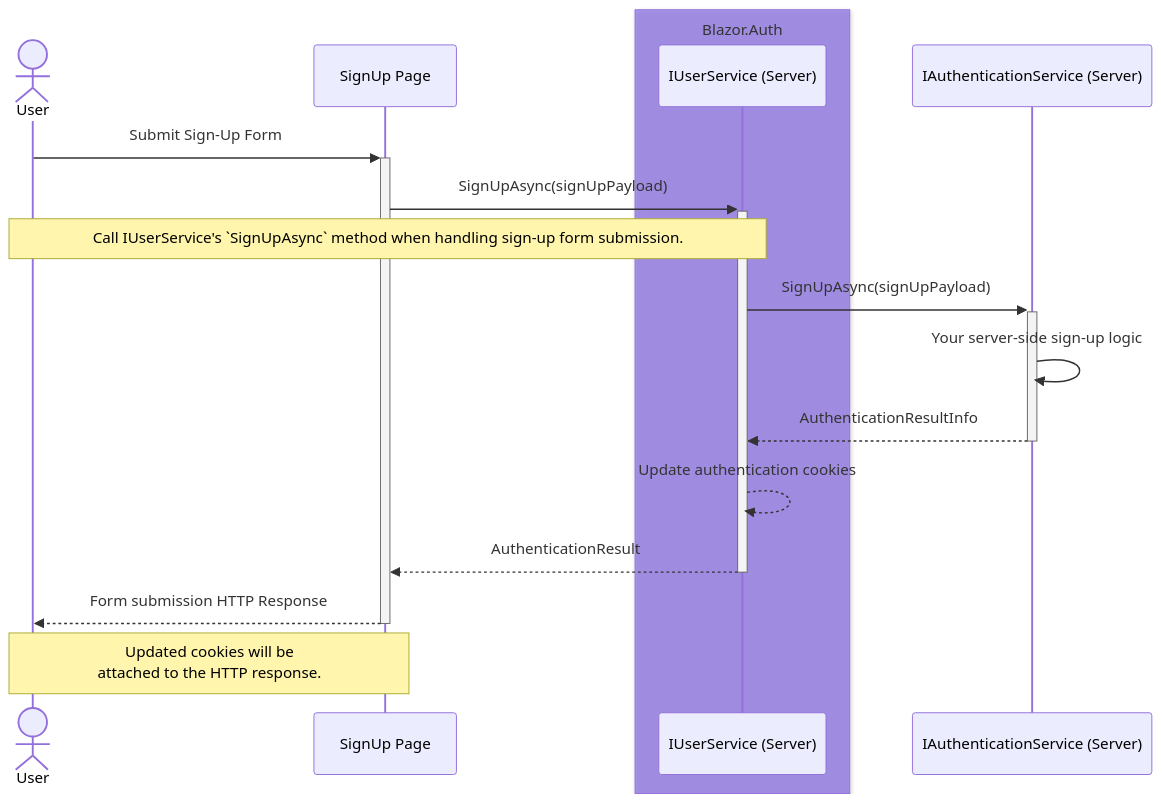
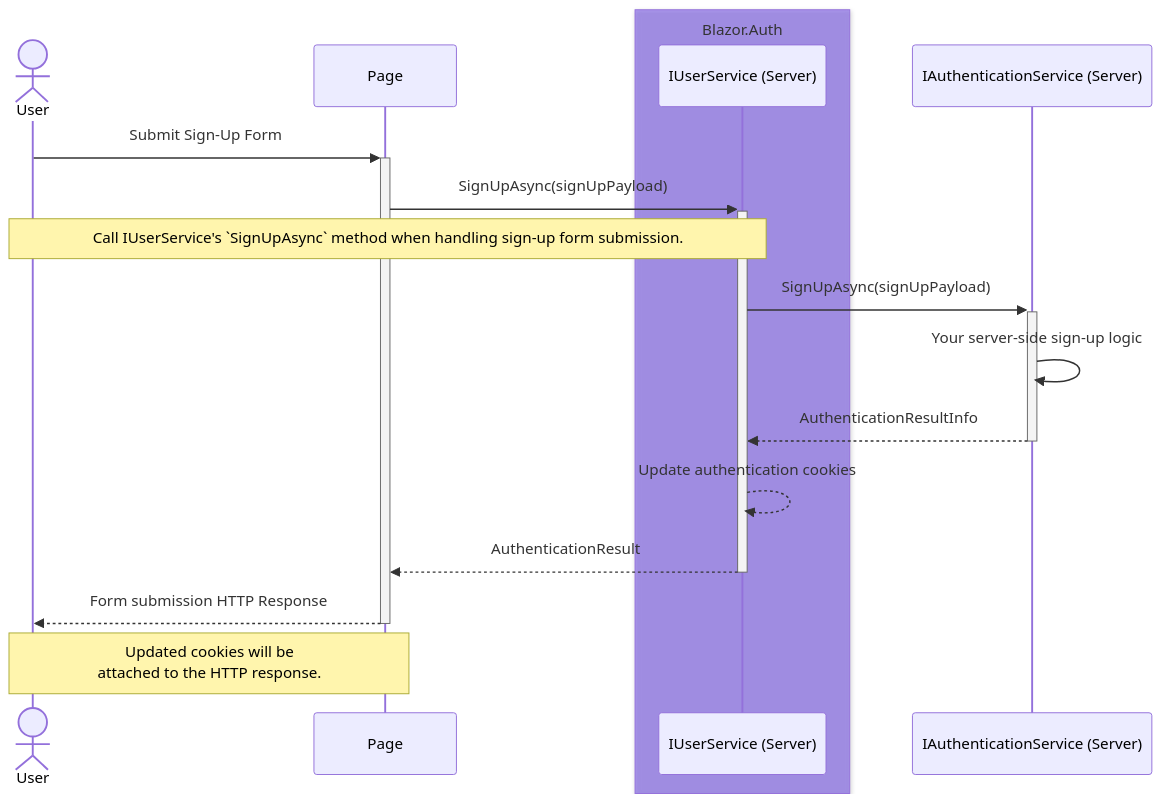
One commit to BitzArt/Blazor.Auth changed the third of 3 diagrams in docs/src/04.use-cases/01.static-ssr.md. Above: the diagram before and after it, drawn with Mermaid. The commit also changed other lines of this file and 2 other files, not shown here.

Commit message:
Just "Page" in sequence diagrams

````diff
--- a/docs/src/04.use-cases/01.static-ssr.md
+++ b/docs/src/04.use-cases/01.static-ssr.md
@@ -67,27 +67,27 @@
 ```mermaid
 sequenceDiagram
 
 actor user as User
-participant page as SignUp Page
+participant page as Page
 
 box rgba(101, 63, 232, 0.5) Blazor.Auth
 participant userService as IUserService (Server)
 end
 participant authService as IAuthenticationService (Server)
 
 user ->>+ page: Submit Sign-Up Form
 
 page ->>+ userService: SignUpAsync(signUpPayload)
 note over user,userService: Call IUserService's `SignUpAsync` method when handling sign-up form submission.
 
 userService ->>+ authService: SignUpAsync(signUpPayload)
 authService ->> authService: Your server-side sign-up logic
 
 authService -->>- userService: AuthenticationResultInfo
 
 userService -->> userService: Update authentication cookies
 userService -->>- page: AuthenticationResult
 
 page -->>- user:  Form submission HTTP Response
 note over user,page: Updated cookies will be<br/>attached to the HTTP response.
 ```
````
